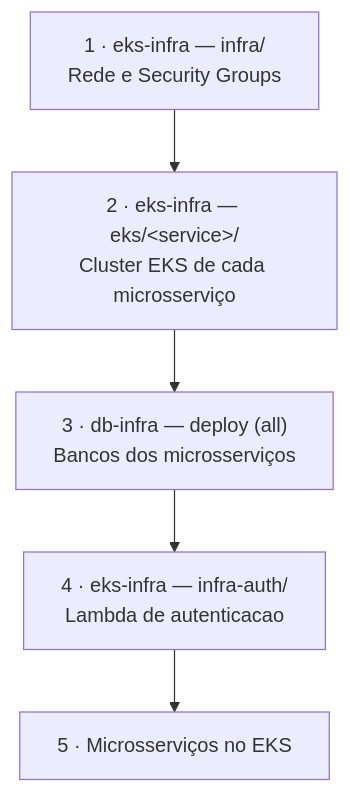
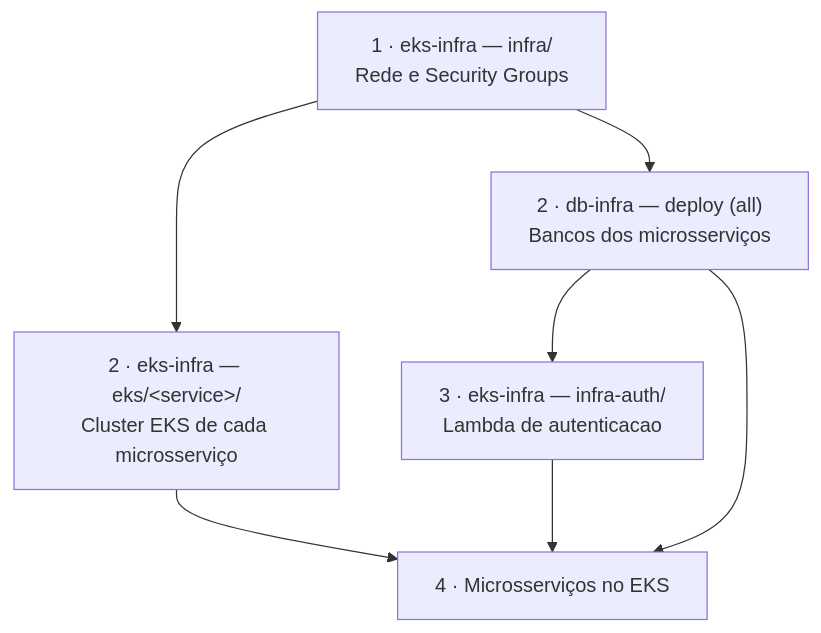
The second of 2 diagrams in README.md (15SOAT-FIAP/techchallenge-ofisy-db-infra), drawn with Mermaid before and after one commit. The commit also changed other lines of this file, not shown here.

Commit message:
docs: documentar o acesso aos bancos pelo cidr da vpc

````diff
--- a/README.md
+++ b/README.md
@@ -69,10 +69,12 @@
 ```mermaid
 flowchart TD
     P1["1 · eks-infra — infra/<br/>Rede e Security Groups"]
     P2["2 · eks-infra — eks/&lt;service&gt;/<br/>Cluster EKS de cada microsserviço"]
-    P3["3 · db-infra — deploy (all)<br/>Bancos dos microsserviços"]
-    P4["4 · eks-infra — infra-auth/<br/>Lambda de autenticacao"]
-    P5["5 · Microsserviços no EKS"]
+    P3["2 · db-infra — deploy (all)<br/>Bancos dos microsserviços"]
+    P4["3 · eks-infra — infra-auth/<br/>Lambda de autenticacao"]
+    P5["4 · Microsserviços no EKS"]
 
-    P1 --> P2 --> P3 --> P4 --> P5
+    P1 --> P2 --> P5
+    P1 --> P3 --> P4 --> P5
+    P3 --> P5
 ```
````
